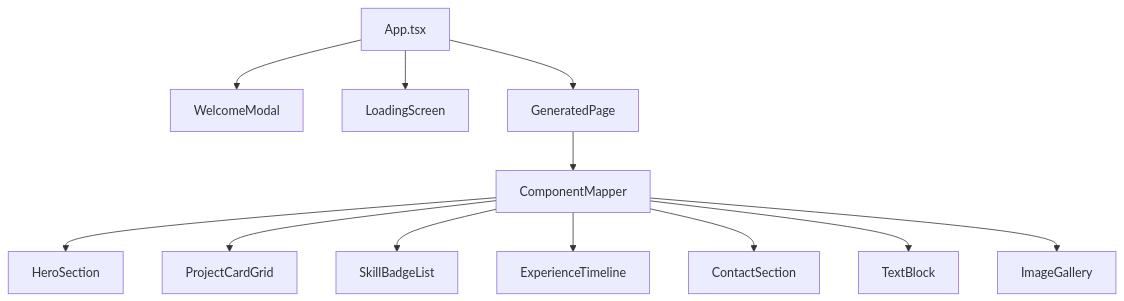
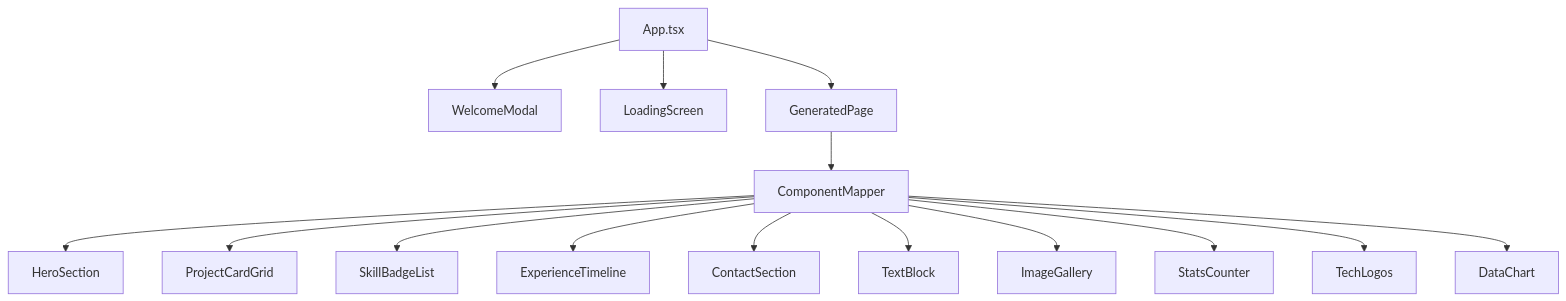
Before and after one commit to uetuluk/uetuluk-portfolio: the second of 3 diagrams in ARCHITECTURE.md, drawn with Mermaid. The commit also changed 16 other files, not shown here.

Commit message:
refactor: remove GitHubActivity component and tests; introduce DataChart component for GitHub and weather metrics

````diff
--- a/ARCHITECTURE.md
+++ b/ARCHITECTURE.md
@@ -26,14 +26,17 @@
 ```mermaid
 flowchart TD
     App[App.tsx] --> Modal[WelcomeModal]
     App --> Loading[LoadingScreen]
     App --> Page[GeneratedPage]
     Page --> Mapper[ComponentMapper]
     Mapper --> Hero[HeroSection]
     Mapper --> Cards[ProjectCardGrid]
     Mapper --> Skills[SkillBadgeList]
     Mapper --> Timeline[ExperienceTimeline]
     Mapper --> Contact[ContactSection]
     Mapper --> Text[TextBlock]
     Mapper --> Gallery[ImageGallery]
+    Mapper --> Stats[StatsCounter]
+    Mapper --> TechLogo[TechLogos]
+    Mapper --> Chart[DataChart]
 ```
````
